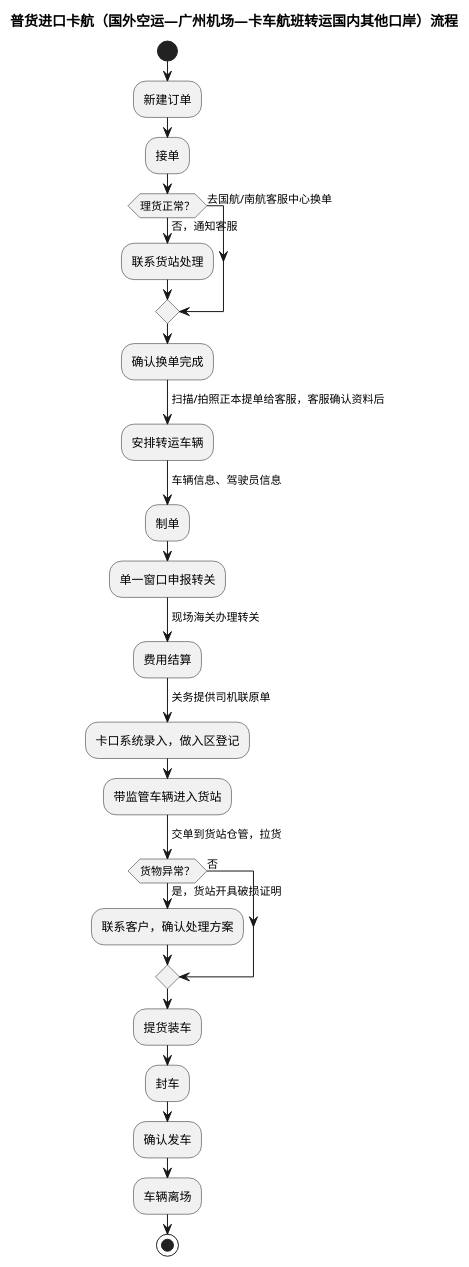
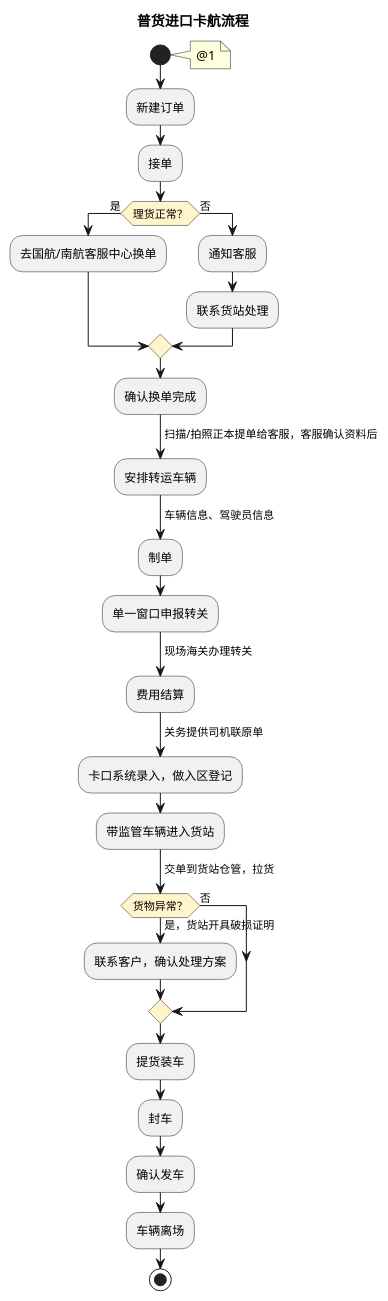
The third of 11 diagrams in product-caliber/goldjet/segmented-prd/mainflow/PRD.高捷物流系统一期.主流程.03.普货进出口关务详细流程.md (jack888332/projects-doc), drawn with PlantUML before and after one commit. The commit also changed other lines of this file and 20 other files, not shown here.

Commit message:
优化流程表对应的DLS图

````diff
--- a/product-caliber/goldjet/segmented-prd/mainflow/PRD.高捷物流系统一期.主流程.03.普货进出口关务详细流程.md
+++ b/product-caliber/goldjet/segmented-prd/mainflow/PRD.高捷物流系统一期.主流程.03.普货进出口关务详细流程.md
@@ -59,33 +61,37 @@
 ```plantuml
 @startuml
-title 普货进口卡航（国外空运—广州机场—卡车航班转运国内其他口岸）流程
+skinparam activityDiamondBackgroundColor #FFF4CC
+title 普货进口卡航流程
 start
+note right: @1
 :新建订单;
 :接单;
-if (理货正常？) then (去国航/南航客服中心换单)
-else (否，通知客服)
+if (理货正常？) then (是)
+  :去国航/南航客服中心换单;
+else (否)
+  :通知客服;
   :联系货站处理;
 endif
 :确认换单完成;
 -> 扫描/拍照正本提单给客服，客服确认资料后;
 :安排转运车辆;
 -> 车辆信息、驾驶员信息;
 :制单;
 :单一窗口申报转关;
 -> 现场海关办理转关;
 :费用结算;
 -> 关务提供司机联原单;
 :卡口系统录入，做入区登记;
 :带监管车辆进入货站;
 -> 交单到货站仓管，拉货;
 if (货物异常？) then (是，货站开具破损证明)
   :联系客户，确认处理方案;
 else (否)
 endif
 :提货装车;
 :封车;
 :确认发车;
 :车辆离场;
 stop
 @enduml
 ```
````
